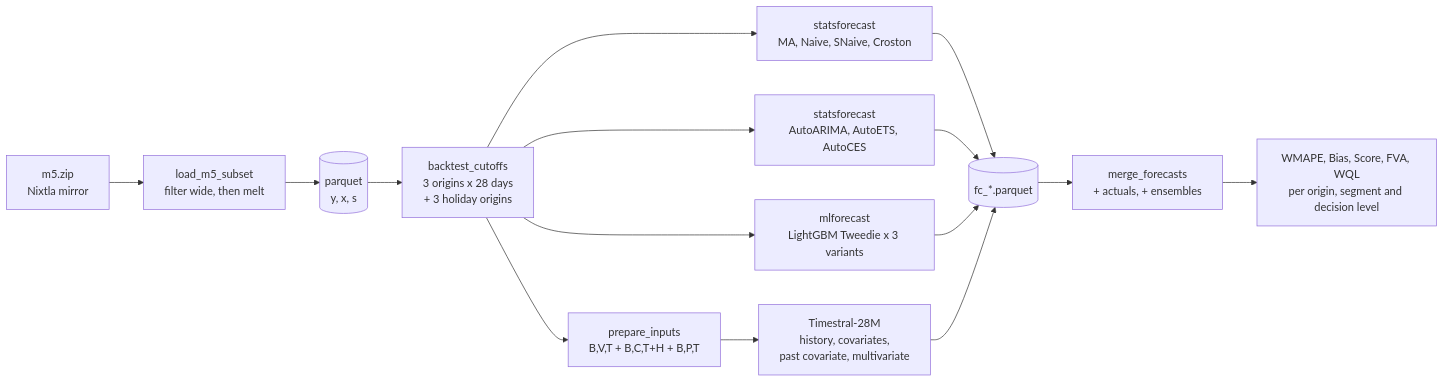
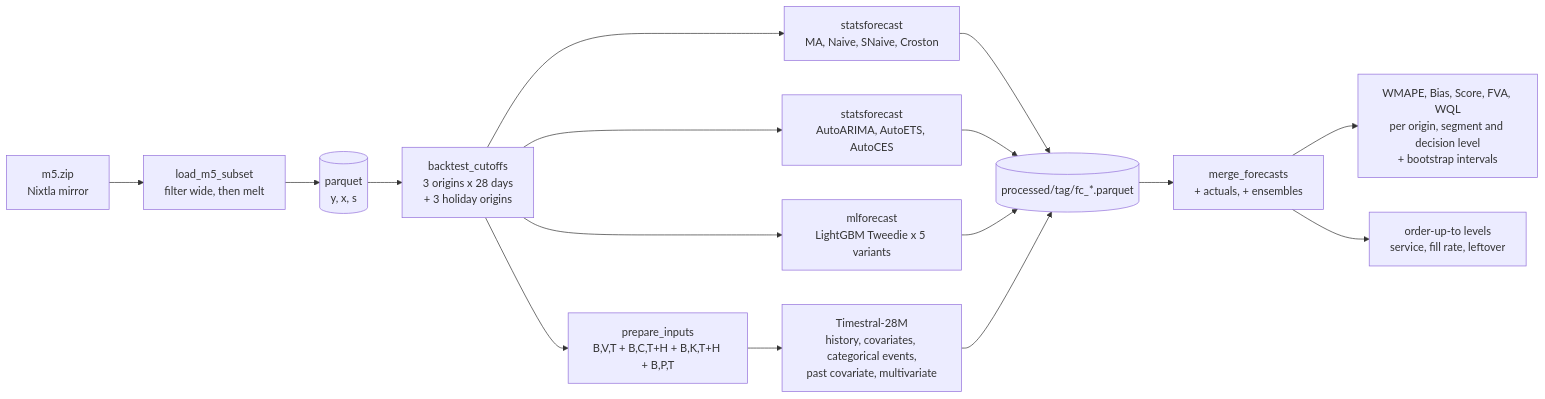
Before and after one commit to skateddu/timestral-forecast: the second of 2 diagrams in README.md, drawn with Mermaid. The commit also changed other lines of this file and 18 other files, not shown here.

First line of the commit message:
feat: add categorical events, feature-matched lightgbm, bootstrap intervals and stock decisions

````diff
--- a/README.md
+++ b/README.md
@@ -106,14 +125,15 @@
 ```mermaid
 flowchart LR
     A[m5.zip<br/>Nixtla mirror] --> B[load_m5_subset<br/>filter wide, then melt]
     B --> C[(parquet<br/>y, x, s)]
     C --> D[backtest_cutoffs<br/>3 origins x 28 days<br/>+ 3 holiday origins]
     D --> E1[statsforecast<br/>MA, Naive, SNaive, Croston]
     D --> E2[statsforecast<br/>AutoARIMA, AutoETS, AutoCES]
-    D --> E3[mlforecast<br/>LightGBM Tweedie x 3 variants]
-    D --> E4[prepare_inputs<br/>B,V,T + B,C,T+H + B,P,T]
-    E4 --> E5[Timestral-28M<br/>history, covariates,<br/>past covariate, multivariate]
-    E1 & E2 & E3 & E5 --> F[(fc_*.parquet)]
+    D --> E3[mlforecast<br/>LightGBM Tweedie x 5 variants]
+    D --> E4[prepare_inputs<br/>B,V,T + B,C,T+H + B,K,T+H + B,P,T]
+    E4 --> E5[Timestral-28M<br/>history, covariates, categorical events,<br/>past covariate, multivariate]
+    E1 & E2 & E3 & E5 --> F[(processed/tag/fc_*.parquet)]
     F --> G[merge_forecasts<br/>+ actuals, + ensembles]
-    G --> H[WMAPE, Bias, Score, FVA, WQL<br/>per origin, segment and decision level]
+    G --> H[WMAPE, Bias, Score, FVA, WQL<br/>per origin, segment and decision level<br/>+ bootstrap intervals]
+    G --> I[order-up-to levels<br/>service, fill rate, leftover]
 ```
````
